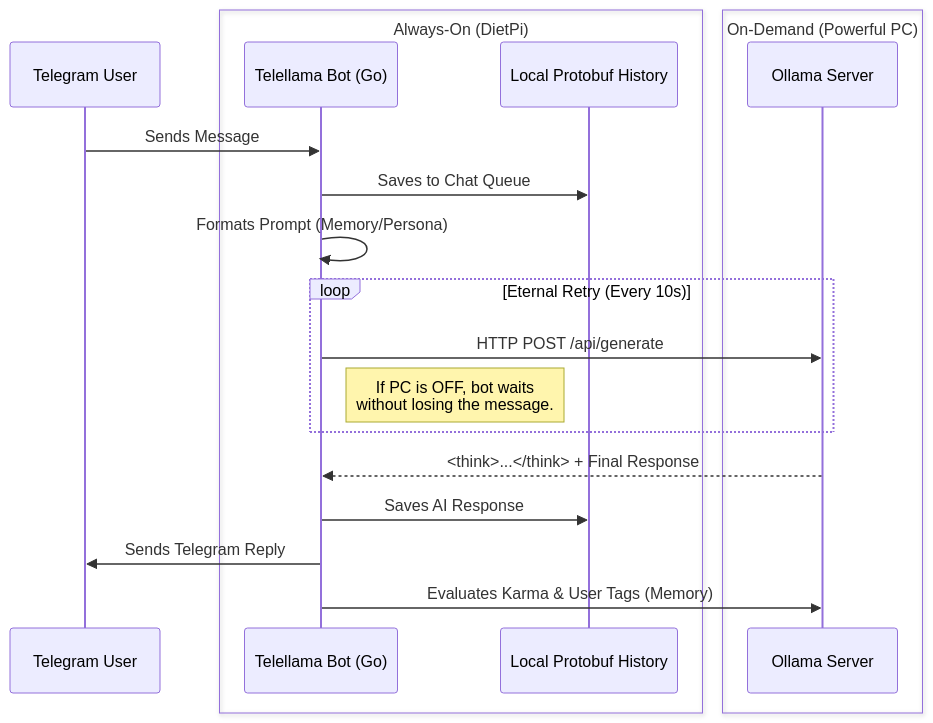
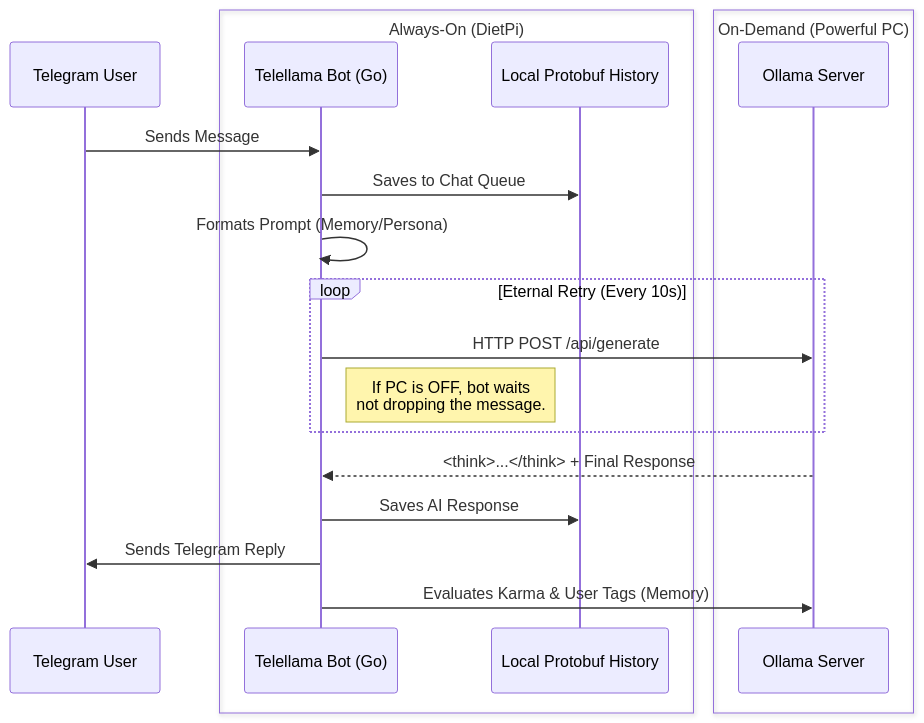
Before and after one commit to vadimfedulov101/tg-llm-multibot: the diagram in README.md, drawn with Mermaid. The commit also changed other lines of this file, not shown here.

````diff
--- a/README.md
+++ b/README.md
@@ -16,23 +16,23 @@
 ```mermaid
 sequenceDiagram
     participant U as Telegram User
     box Always-On (DietPi)
         participant B as Telellama Bot (Go)
         participant Q as Local Protobuf History
     end
     box On-Demand (Powerful PC)
         participant O as Ollama Server
     end
 
     U->>B: Sends Message
     B->>Q: Saves to Chat Queue
     B->>B: Formats Prompt (Memory/Persona)
     loop Eternal Retry (Every 10s)
         B->>O: HTTP POST /api/generate
-        note right of B: If PC is OFF, bot waits<br/>without losing the message.
+        note right of B: If PC is OFF, bot waits<br/>not dropping the message.
     end
     O-->>B: <think>...</think> + Final Response
     B->>Q: Saves AI Response
     B->>U: Sends Telegram Reply
     B->>O: Evaluates Karma & User Tags (Memory)
 ```
````
